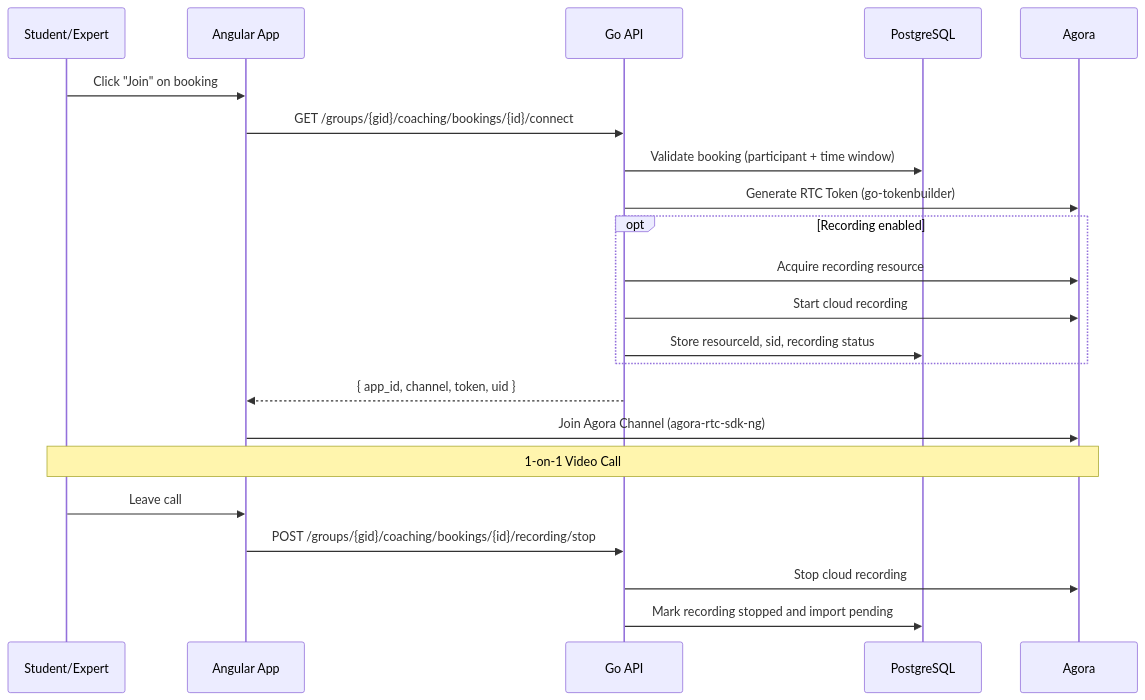
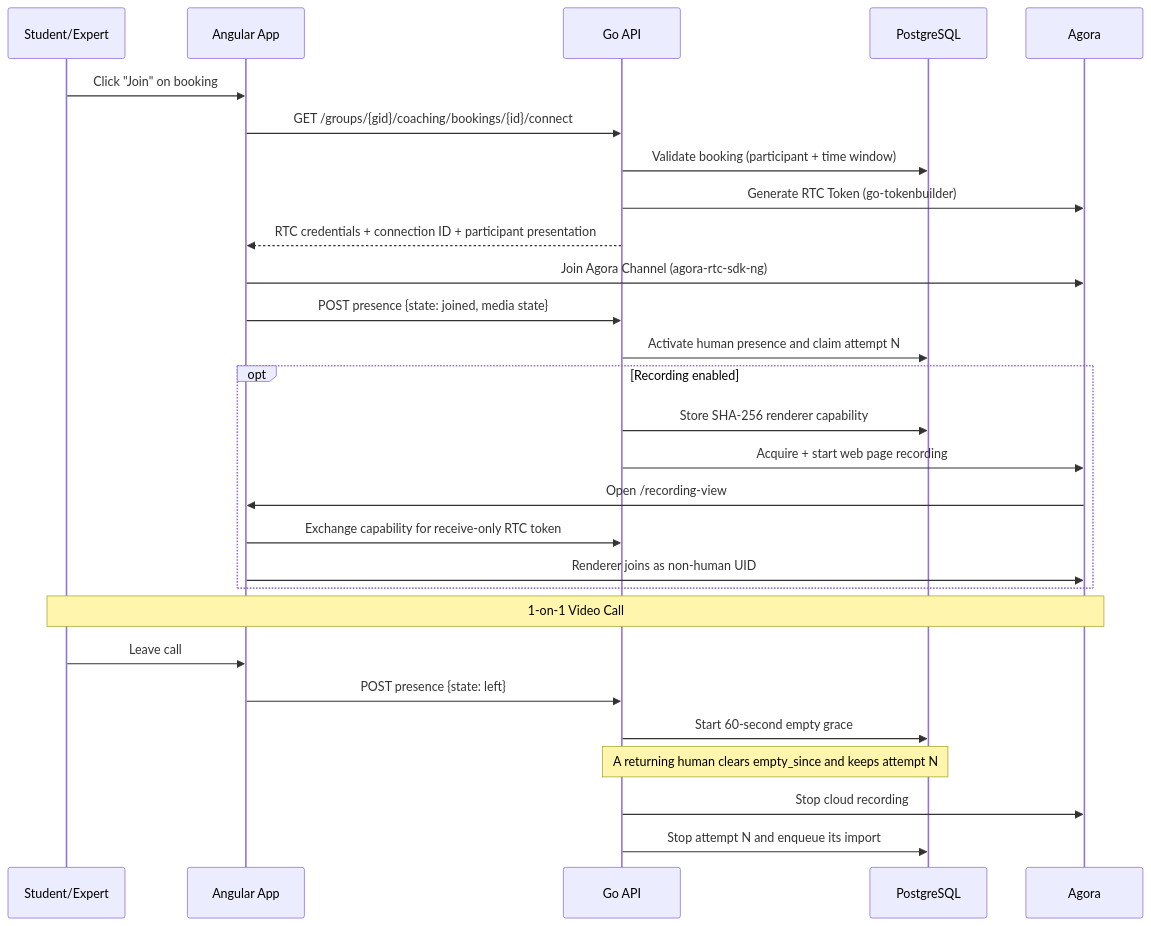
The fifth of 10 diagrams in README.md (OZIOisgood/zeta), drawn with Mermaid before and after one commit. The commit also changed other lines of this file and 37 other files, not shown here.

Commit message:
wip: preserve full Agora page recording implementation

````diff
--- a/README.md
+++ b/README.md
@@ -333,25 +333,31 @@
 ```mermaid
 sequenceDiagram
     participant U as Student/Expert
     participant W as Angular App
     participant A as Go API
     participant D as PostgreSQL
     participant AG as Agora
 
     U->>W: Click "Join" on booking
     W->>A: GET /groups/{gid}/coaching/bookings/{id}/connect
     A->>D: Validate booking (participant + time window)
     A->>AG: Generate RTC Token (go-tokenbuilder)
+    A-->>W: RTC credentials + connection ID + participant presentation
+    W->>AG: Join Agora Channel (agora-rtc-sdk-ng)
+    W->>A: POST presence {state: joined, media state}
+    A->>D: Activate human presence and claim attempt N
     opt Recording enabled
-        A->>AG: Acquire recording resource
-        A->>AG: Start cloud recording
-        A->>D: Store resourceId, sid, recording status
+        A->>D: Store SHA-256 renderer capability
+        A->>AG: Acquire + start web page recording
+        AG->>W: Open /recording-view#cap=…
+        W->>A: Exchange capability for receive-only RTC token
+        W->>AG: Renderer joins as non-human UID
     end
-    A-->>W: { app_id, channel, token, uid }
-    W->>AG: Join Agora Channel (agora-rtc-sdk-ng)
     Note over U,AG: 1-on-1 Video Call
     U->>W: Leave call
-    W->>A: POST /groups/{gid}/coaching/bookings/{id}/recording/stop
+    W->>A: POST presence {state: left}
+    A->>D: Start 60-second empty grace
+    Note over A,D: A returning human clears empty_since and keeps attempt N
     A->>AG: Stop cloud recording
-    A->>D: Mark recording stopped and import pending
+    A->>D: Stop attempt N and enqueue its import
 ```
````
